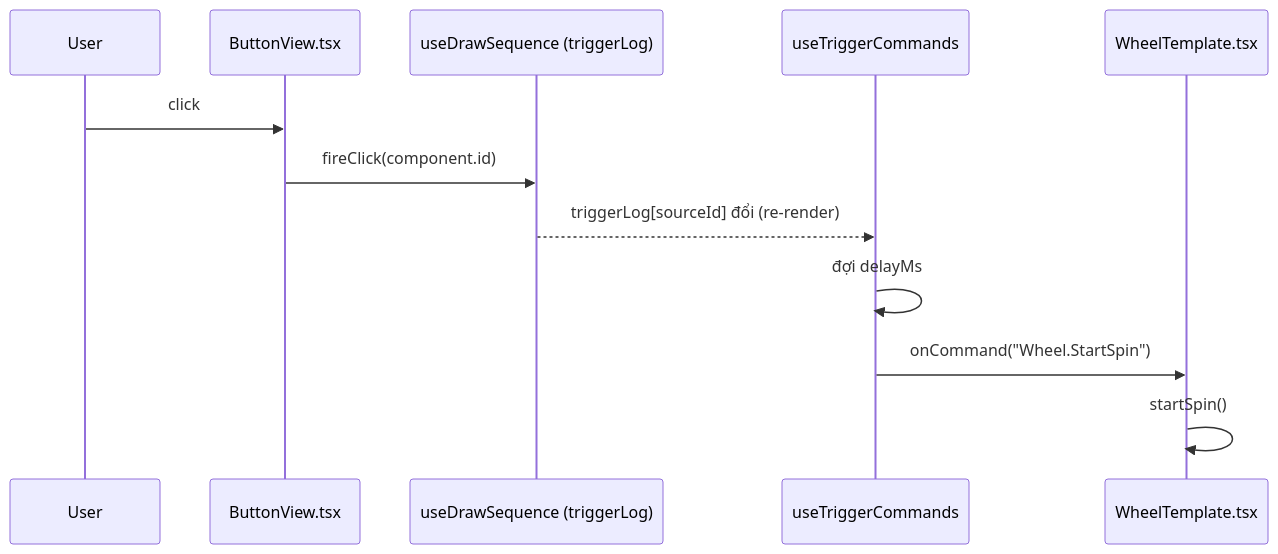
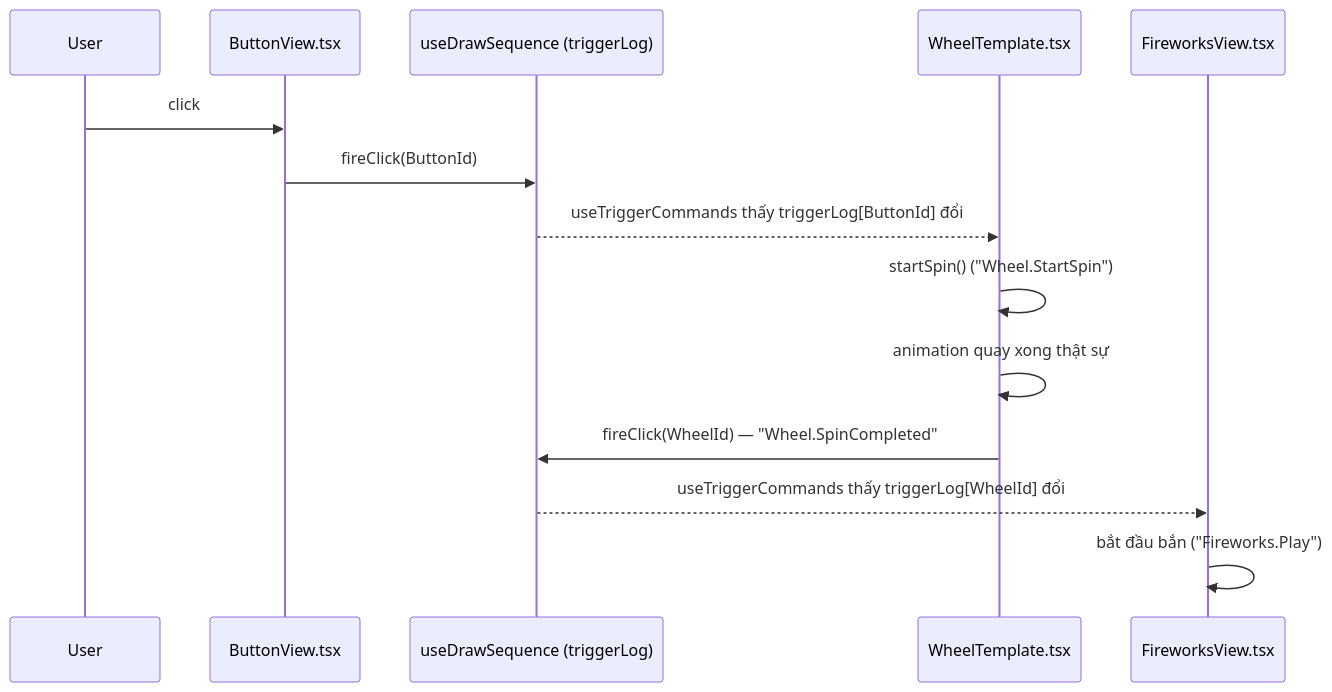
One commit to nhatquang-nguyen-129/display_lucky_draw changed the second of 2 diagrams in docs/graph.md. Above: the diagram before and after it, drawn with Mermaid. The commit also changed other lines of this file and 24 other files, not shown here.

First line of the commit message:
Build out the Trigger Graph: Signal Emitter/Receiver model and action components

````diff
--- a/docs/graph.md
+++ b/docs/graph.md
@@ -170,15 +265,17 @@
 ```mermaid
 sequenceDiagram
   participant User
   participant Button as ButtonView.tsx
   participant Seq as useDrawSequence (triggerLog)
-  participant Hook as useTriggerCommands
   participant Wheel as WheelTemplate.tsx
+  participant FW as FireworksView.tsx
 
   User->>Button: click
-  Button->>Seq: fireClick(component.id)
-  Seq-->>Hook: triggerLog[sourceId] đổi (re-render)
-  Hook->>Hook: đợi delayMs
-  Hook->>Wheel: onCommand("Wheel.StartSpin")
-  Wheel->>Wheel: startSpin()
+  Button->>Seq: fireClick(ButtonId)
+  Seq-->>Wheel: useTriggerCommands thấy triggerLog[ButtonId] đổi
+  Wheel->>Wheel: startSpin() ("Wheel.StartSpin")
+  Wheel->>Wheel: animation quay xong thật sự
+  Wheel->>Seq: fireClick(WheelId) — "Wheel.SpinCompleted"
+  Seq-->>FW: useTriggerCommands thấy triggerLog[WheelId] đổi
+  FW->>FW: bắt đầu bắn ("Fireworks.Play")
 ```
````
